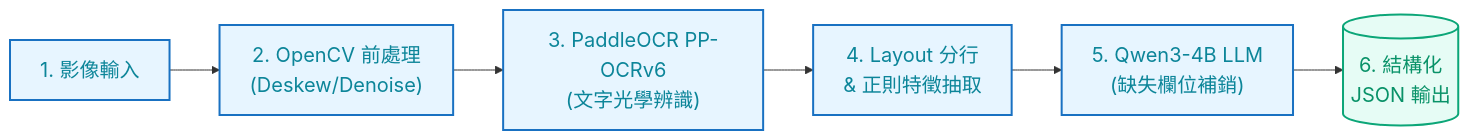
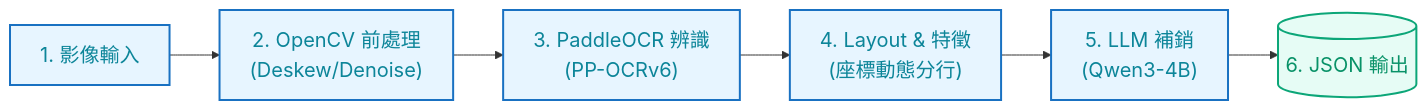
One commit to kuotunyu/receipt-ocr-vlm-benchmark changed the first of 3 diagrams in README.md. Above: the diagram before and after it, drawn with Mermaid. The commit also changed other lines of this file, not shown here.

````diff
--- a/README.md
+++ b/README.md
@@ -33,11 +33,11 @@
 ```mermaid
 %%{init: {'themeVariables': {'fontSize': '20px'}}}%%
 flowchart LR
-    A1["1. 影像輸入"] --> A2["2. OpenCV 前處理<br/>(Deskew/Denoise)"] --> A3["3. PaddleOCR PP-OCRv6<br/>(文字光學辨識)"] --> A4["4. Layout 分行<br/>& 正則特徵抽取"] --> A5["5. Qwen3-4B LLM<br/>(缺失欄位補銷)"] --> A6[("6. 結構化<br/>JSON 輸出")]
+    A1["1. 影像輸入"] --> A2["2. OpenCV 前處理<br/>(Deskew/Denoise)"] --> A3["3. PaddleOCR 辨識<br/>(PP-OCRv6)"] --> A4["4. Layout & 特徵<br/>(座標動態分行)"] --> A5["5. LLM 補銷<br/>(Qwen3-4B)"] --> A6[("6. JSON 輸出")]
 
     classDef normStyle fill:#e7f5ff,stroke:#1971c2,stroke-width:2px,color:#0c8599
     classDef outStyle fill:#e6fcf5,stroke:#0ca678,stroke-width:2px,color:#099268
 
     class A1,A2,A3,A4,A5 normStyle
     class A6 outStyle
 ```
````
